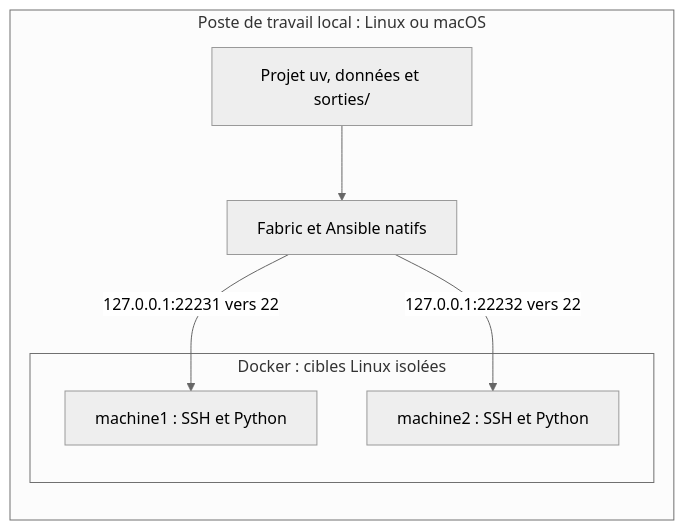
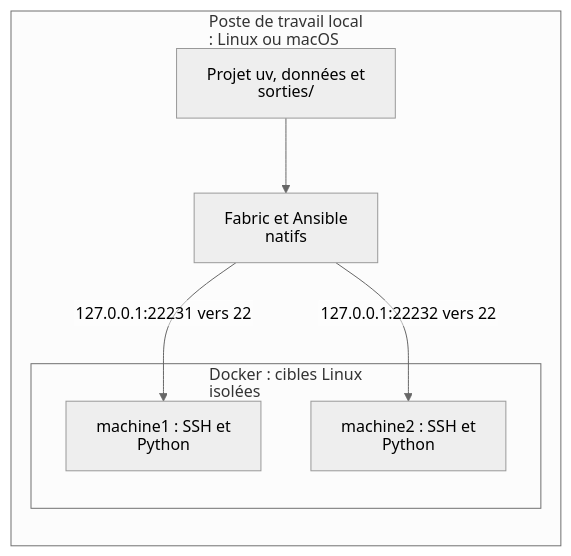
Before and after one commit to lapeyrade/formation-python: the second of 2 diagrams in laboratoire/README.md, drawn with Mermaid (neutral theme). The commit also changed other lines of this file and 17 other files, not shown here.

````diff
--- a/laboratoire/README.md
+++ b/laboratoire/README.md
@@ -101,14 +102,15 @@
 ```mermaid
+%%{init: {"htmlLabels": false, "flowchart": {"htmlLabels": false}}}%%
 flowchart LR
   accTitle: Deux cibles Docker accessibles par des ports locaux
   accDescr: Sur le poste de travail, Fabric et Ansible s’exécutent dans uv. Deux redirections SSH relient les ports locaux 22231 et 22232 au port 22 des conteneurs machine1 et machine2. Le projet et ses fichiers restent hors des cibles.
-  subgraph POSTE["Poste de travail local : Linux ou macOS"]
-    P["Projet uv, données et sorties/"] --> F["Fabric et Ansible natifs"]
+  subgraph POSTE["Poste de travail local<br/>: Linux ou macOS"]
+    P["Projet uv, données et<br/>sorties/"] --> F["Fabric et Ansible<br/>natifs"]
     F -->|127.0.0.1:22231 vers 22| C1
     F -->|127.0.0.1:22232 vers 22| C2
-    subgraph DOCKER["Docker : cibles Linux isolées"]
-      C1["machine1 : SSH et Python"]
-      C2["machine2 : SSH et Python"]
+    subgraph DOCKER["Docker : cibles Linux<br/>isolées"]
+      C1["machine1 : SSH et<br/>Python"]
+      C2["machine2 : SSH et<br/>Python"]
     end
   end
 ```
````
